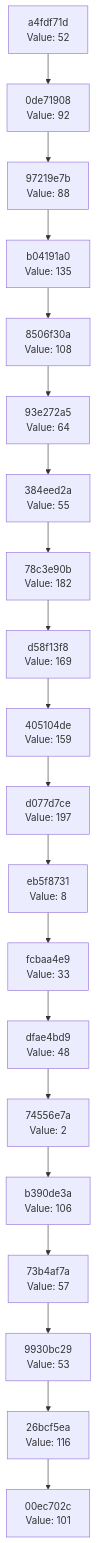
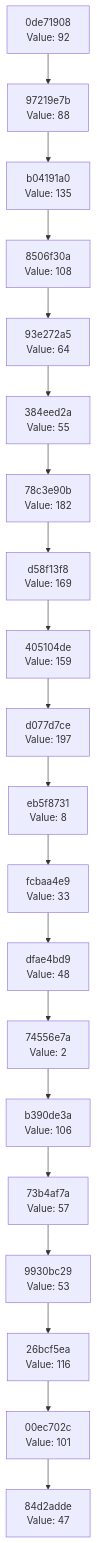
Before and after one commit to Abhisheksinha1506/hash-chain-evolver: the diagram in docs/CHAIN_VISUALIZATION.md, drawn with Mermaid. The commit also changed 1 other file, not shown here.

Commit message:
Evolution step: hash 0x2F → action executed

````diff
--- a/docs/CHAIN_VISUALIZATION.md
+++ b/docs/CHAIN_VISUALIZATION.md
@@ -3,42 +3,42 @@
 ```mermaid
 graph TD
-    C0["00ec702c<br/>Value: 101"]
-    C1["26bcf5ea<br/>Value: 116"]
+    C0["84d2adde<br/>Value: 47"]
+    C1["00ec702c<br/>Value: 101"]
     C1 --> C0
-    C2["9930bc29<br/>Value: 53"]
+    C2["26bcf5ea<br/>Value: 116"]
     C2 --> C1
-    C3["73b4af7a<br/>Value: 57"]
+    C3["9930bc29<br/>Value: 53"]
     C3 --> C2
-    C4["b390de3a<br/>Value: 106"]
+    C4["73b4af7a<br/>Value: 57"]
     C4 --> C3
-    C5["74556e7a<br/>Value: 2"]
+    C5["b390de3a<br/>Value: 106"]
     C5 --> C4
-    C6["dfae4bd9<br/>Value: 48"]
+    C6["74556e7a<br/>Value: 2"]
     C6 --> C5
-    C7["fcbaa4e9<br/>Value: 33"]
+    C7["dfae4bd9<br/>Value: 48"]
     C7 --> C6
-    C8["eb5f8731<br/>Value: 8"]
+    C8["fcbaa4e9<br/>Value: 33"]
     C8 --> C7
-    C9["d077d7ce<br/>Value: 197"]
+    C9["eb5f8731<br/>Value: 8"]
     C9 --> C8
-    C10["405104de<br/>Value: 159"]
+    C10["d077d7ce<br/>Value: 197"]
     C10 --> C9
-    C11["d58f13f8<br/>Value: 169"]
+    C11["405104de<br/>Value: 159"]
     C11 --> C10
-    C12["78c3e90b<br/>Value: 182"]
+    C12["d58f13f8<br/>Value: 169"]
     C12 --> C11
-    C13["384eed2a<br/>Value: 55"]
+    C13["78c3e90b<br/>Value: 182"]
     C13 --> C12
-    C14["93e272a5<br/>Value: 64"]
+    C14["384eed2a<br/>Value: 55"]
     C14 --> C13
-    C15["8506f30a<br/>Value: 108"]
+    C15["93e272a5<br/>Value: 64"]
     C15 --> C14
-    C16["b04191a0<br/>Value: 135"]
+    C16["8506f30a<br/>Value: 108"]
     C16 --> C15
-    C17["97219e7b<br/>Value: 88"]
+    C17["b04191a0<br/>Value: 135"]
     C17 --> C16
-    C18["0de71908<br/>Value: 92"]
+    C18["97219e7b<br/>Value: 88"]
     C18 --> C17
-    C19["a4fdf71d<br/>Value: 52"]
+    C19["0de71908<br/>Value: 92"]
     C19 --> C18
 ```
````
